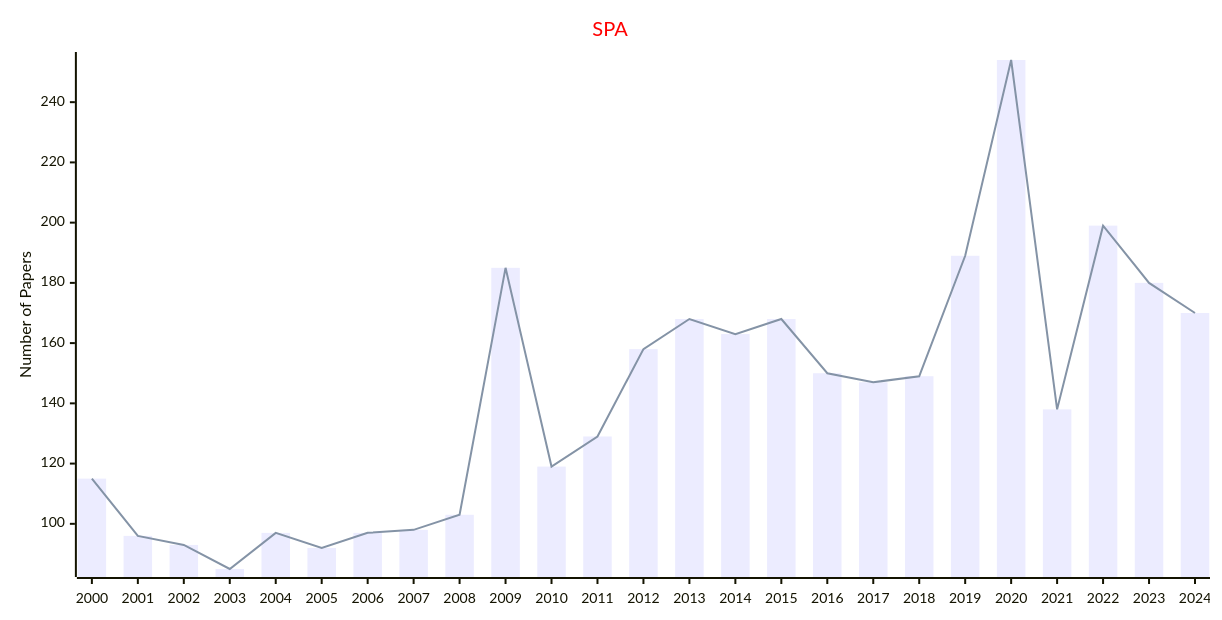
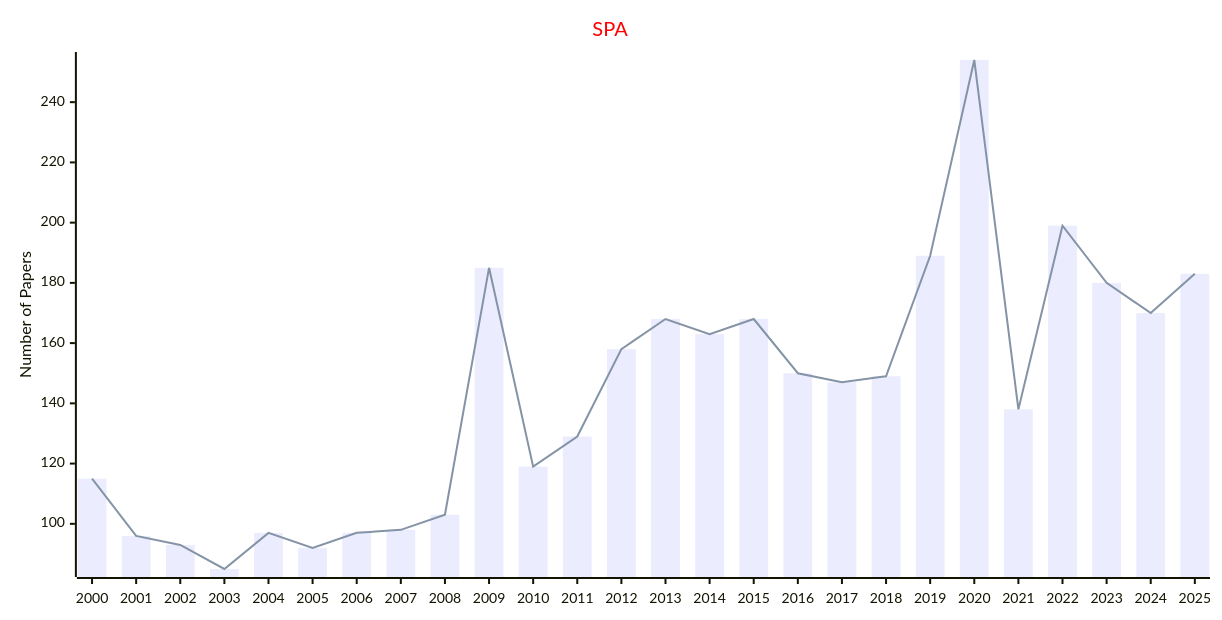
Before and after one commit to Easy-PhD/AILinks: the diagram in docs/data/Journals/Statistics_Journals/Stochastic_Processes.md, drawn with Mermaid. The commit also changed 107 other files, not shown here.

````diff
--- a/docs/data/Journals/Statistics_Journals/Stochastic_Processes.md
+++ b/docs/data/Journals/Statistics_Journals/Stochastic_Processes.md
@@ -9,17 +9,17 @@
 ```mermaid
 ---
 config:
     xyChart:
         width: 1200
         height: 600
     themeVariables:
         xyChart:
             titleColor: "#ff0000"
 ---
 xychart-beta
     title "SPA"
-    x-axis [2000, 2001, 2002, 2003, 2004, 2005, 2006, 2007, 2008, 2009, 2010, 2011, 2012, 2013, 2014, 2015, 2016, 2017, 2018, 2019, 2020, 2021, 2022, 2023, 2024]
+    x-axis [2000, 2001, 2002, 2003, 2004, 2005, 2006, 2007, 2008, 2009, 2010, 2011, 2012, 2013, 2014, 2015, 2016, 2017, 2018, 2019, 2020, 2021, 2022, 2023, 2024, 2025]
     y-axis "Number of Papers"
-    bar [115, 96, 93, 85, 97, 92, 97, 98, 103, 185, 119, 129, 158, 168, 163, 168, 150, 147, 149, 189, 254, 138, 199, 180, 170]
-    line [115, 96, 93, 85, 97, 92, 97, 98, 103, 185, 119, 129, 158, 168, 163, 168, 150, 147, 149, 189, 254, 138, 199, 180, 170]
+    bar [115, 96, 93, 85, 97, 92, 97, 98, 103, 185, 119, 129, 158, 168, 163, 168, 150, 147, 149, 189, 254, 138, 199, 180, 170, 183]
+    line [115, 96, 93, 85, 97, 92, 97, 98, 103, 185, 119, 129, 158, 168, 163, 168, 150, 147, 149, 189, 254, 138, 199, 180, 170, 183]
 ```
````
